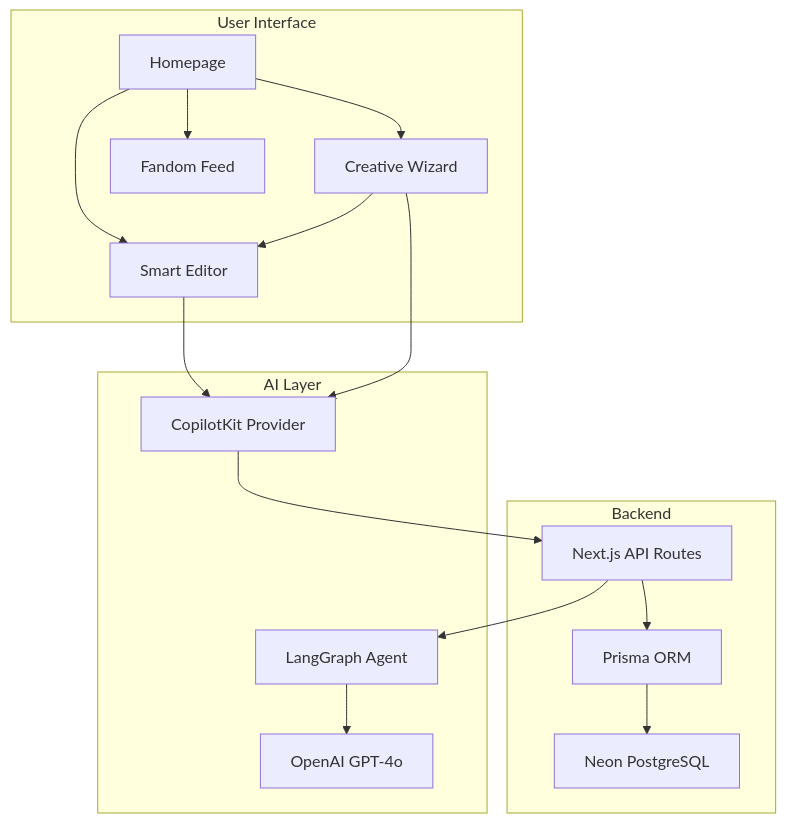
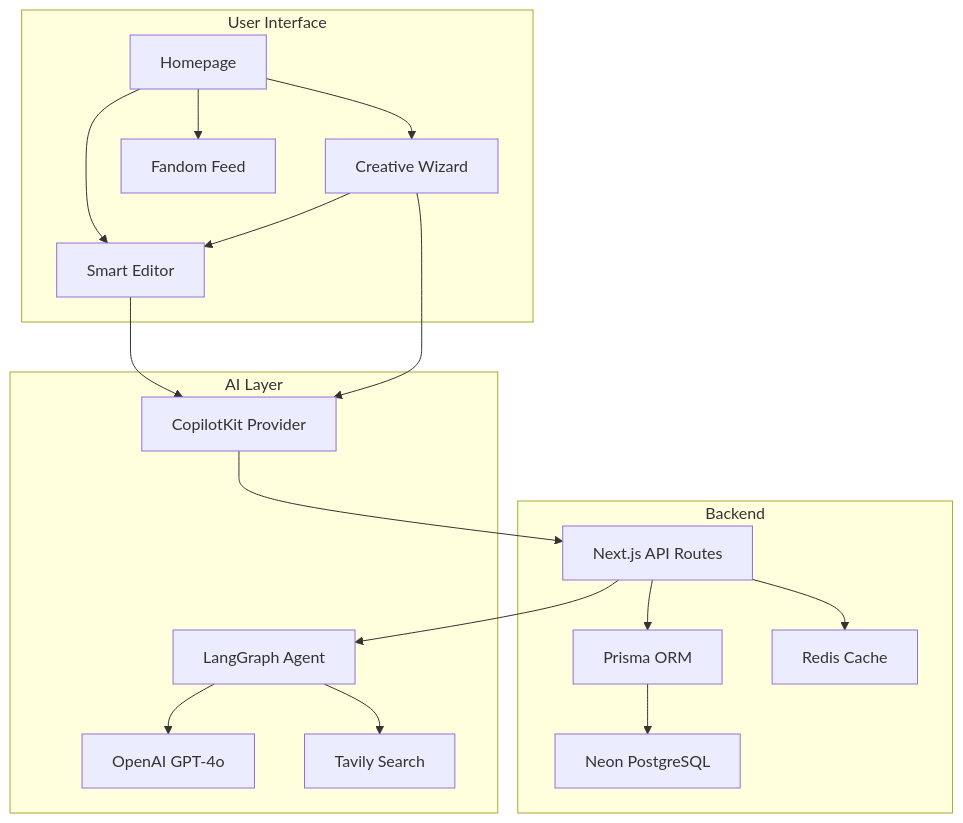
The first of 5 diagrams in README.md (ChanMeng666/fanfic-lab), drawn with Mermaid before and after one commit. The commit also changed other lines of this file and 3 other files, not shown here.

````diff
--- a/README.md
+++ b/README.md
@@ -39,29 +88,33 @@
 ```mermaid
 graph TB
     subgraph "User Interface"
         A[Homepage] --> B[Creative Wizard]
         A --> C[Smart Editor]
         A --> D[Fandom Feed]
         B --> C
     end
 
     subgraph "AI Layer"
         E[CopilotKit Provider]
         F[LangGraph Agent]
         G[OpenAI GPT-4o]
+        H[Tavily Search]
     end
 
     subgraph "Backend"
-        H[Next.js API Routes]
-        I[Prisma ORM]
-        J[Neon PostgreSQL]
+        I[Next.js API Routes]
+        J[Prisma ORM]
+        K[Neon PostgreSQL]
+        L[Redis Cache]
     end
 
     C --> E
     B --> E
-    E --> H
-    H --> F
+    E --> I
+    I --> F
     F --> G
-    H --> I
+    F --> H
     I --> J
+    J --> K
+    I --> L
 ```
````
